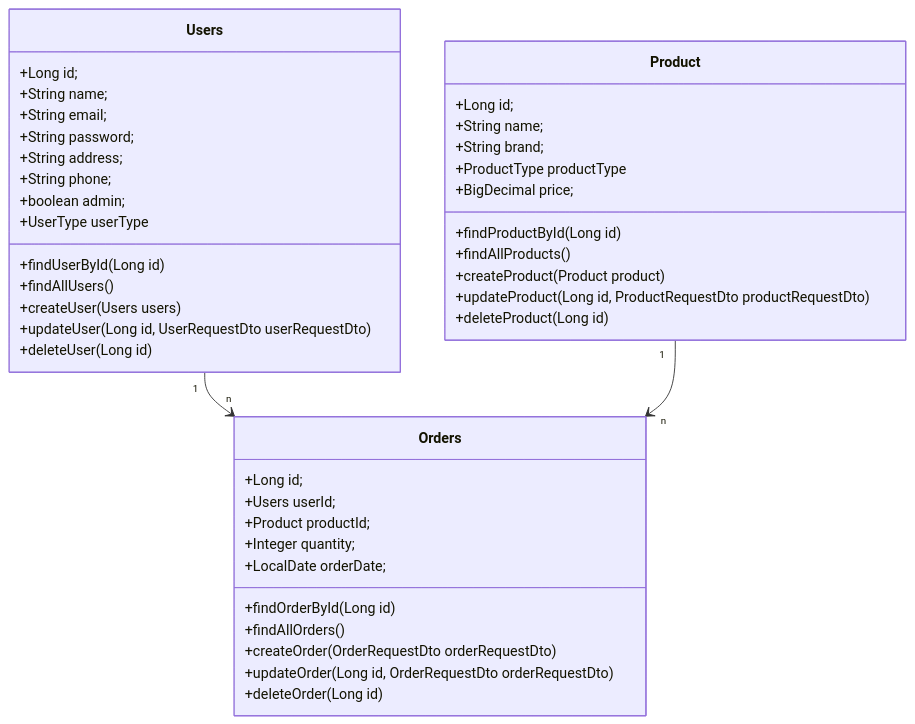
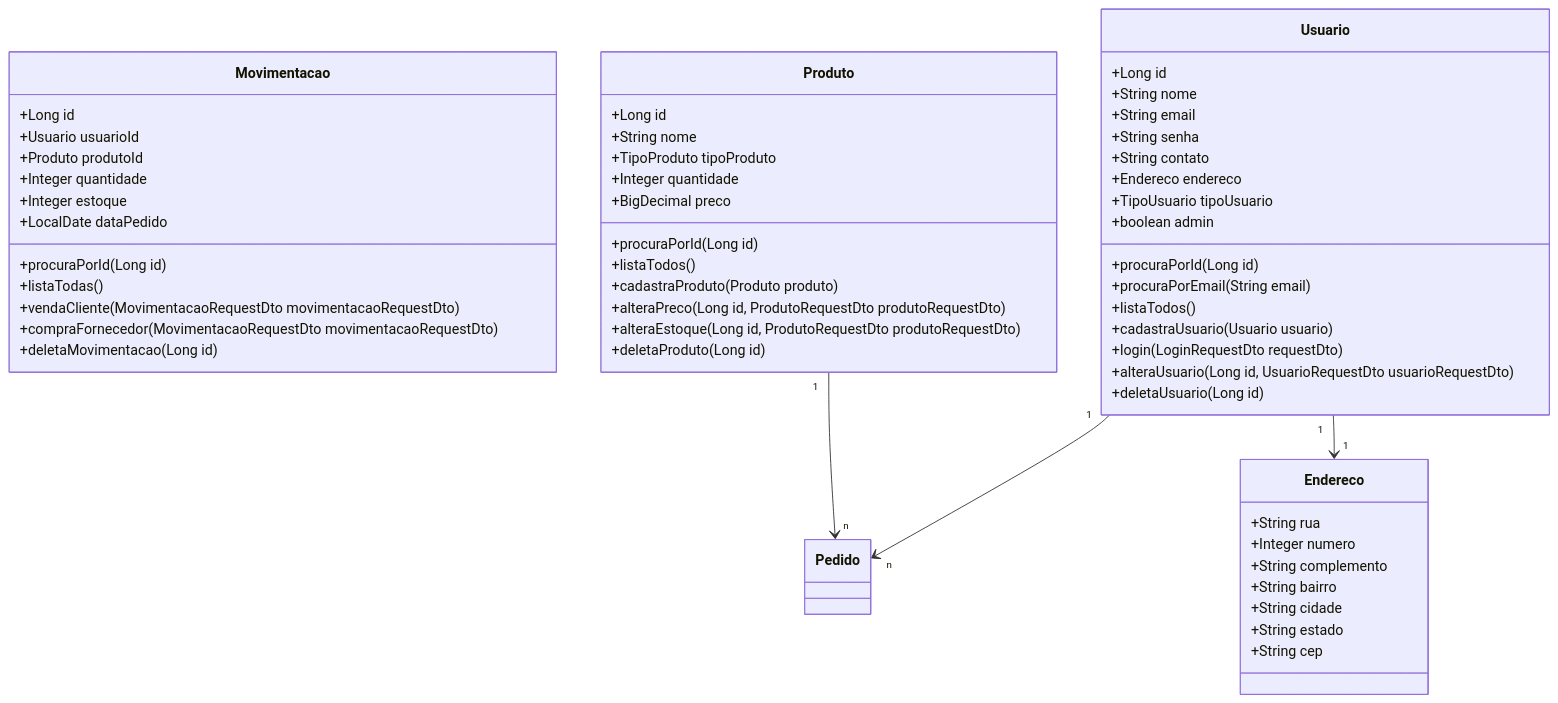
The diagram in README.md (DiegoCasemiroFS/distribuidora), drawn with Mermaid before and after one commit. The commit also changed other lines of this file, not shown here.

Commit message:
atualizando README.md

````diff
--- a/README.md
+++ b/README.md
@@ -31,50 +31,66 @@
 ```mermaid
-classDiagram   
-    class Orders {
-        +Long id;
-        +Users userId;
-        +Product productId;
-        +Integer quantity;
-        +LocalDate orderDate;
-        
-        +findOrderById(Long id)
-        +findAllOrders()
-        +createOrder(OrderRequestDto orderRequestDto)
-        +updateOrder(Long id, OrderRequestDto orderRequestDto)
-        +deleteOrder(Long id)
-    }
-    
-    class Product {
-        +Long id;
-        +String name;
-        +String brand;
-        +ProductType productType
-        +BigDecimal price;
-        
-        +findProductById(Long id)
-        +findAllProducts()
-        +createProduct(Product product)
-        +updateProduct(Long id, ProductRequestDto productRequestDto)
-        +deleteProduct(Long id)
-    }
-    
-    class Users {
-        +Long id;
-        +String name;
-        +String email;
-        +String password;
-        +String address;
-        +String phone;
-        +boolean admin;
-        +UserType userType
-        
-        +findUserById(Long id)
-        +findAllUsers()
-        +createUser(Users users)
-        +updateUser(Long id, UserRequestDto userRequestDto)
-        +deleteUser(Long id)
+classDiagram
+    class Movimentacao {
+        +Long id
+        +Usuario usuarioId
+        +Produto produtoId
+        +Integer quantidade
+        +Integer estoque
+        +LocalDate dataPedido
+
+        +procuraPorId(Long id)
+        +listaTodas()
+        +vendaCliente(MovimentacaoRequestDto movimentacaoRequestDto)
+        +compraFornecedor(MovimentacaoRequestDto movimentacaoRequestDto)
+        +deletaMovimentacao(Long id)
     }
 
-    Users "1" --> "n" Orders
-    Product "1" --> "n" Orders
+    class Produto {
+        +Long id
+        +String nome
+        +TipoProduto tipoProduto
+        +Integer quantidade
+        +BigDecimal preco
+
+        +procuraPorId(Long id)
+        +listaTodos()
+        +cadastraProduto(Produto produto)
+        +alteraPreco(Long id, ProdutoRequestDto produtoRequestDto)
+        +alteraEstoque(Long id, ProdutoRequestDto produtoRequestDto)
+        +deletaProduto(Long id)
+    }
+
+    class Usuario {
+        
+        +Long id
+        +String nome
+        +String email
+        +String senha
+        +String contato
+        +Endereco endereco
+        +TipoUsuario tipoUsuario
+        +boolean admin
+
+        +procuraPorId(Long id)
+        +procuraPorEmail(String email)
+        +listaTodos()
+        +cadastraUsuario(Usuario usuario)
+        +login(LoginRequestDto requestDto)
+        +alteraUsuario(Long id, UsuarioRequestDto usuarioRequestDto)
+        +deletaUsuario(Long id)
+    }
+
+    class Endereco {
+        +String rua
+        +Integer numero
+        +String complemento
+        +String bairro
+        +String cidade
+        +String estado
+        +String cep
+    }
+
+    Usuario "1" --> "n" Pedido
+    Produto "1" --> "n" Pedido
+    Usuario "1" --> "1" Endereco
 ```
````
